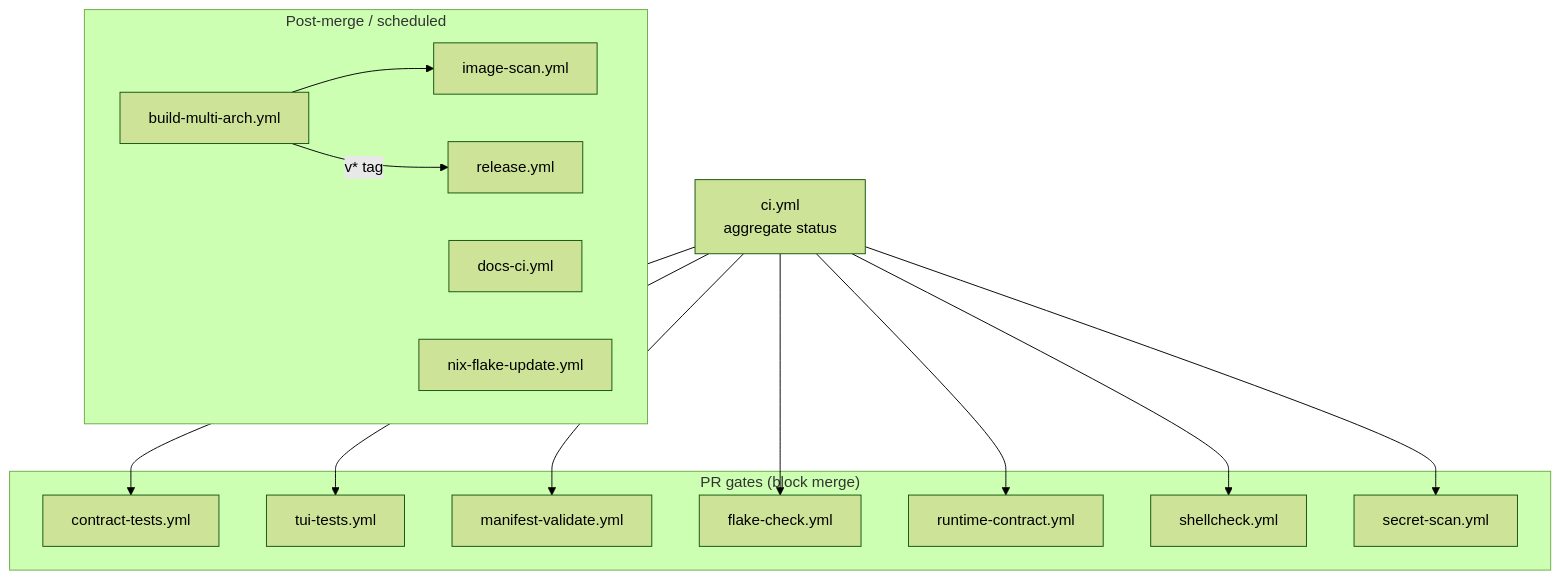
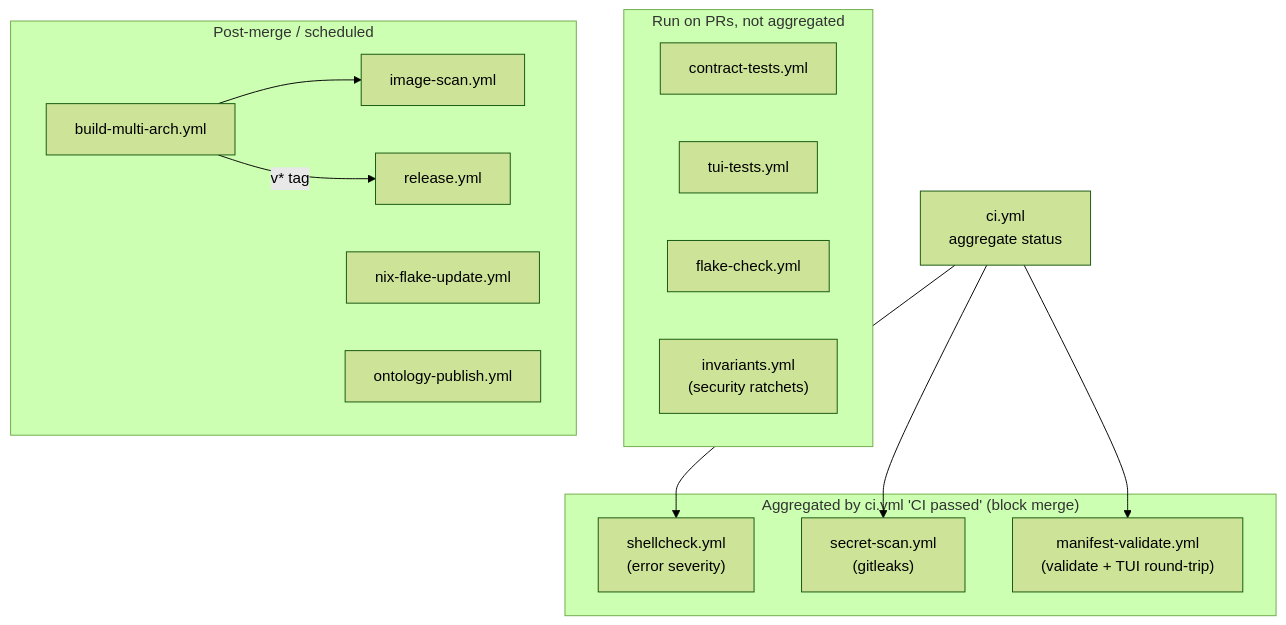
Before and after one commit to DreamLab-AI/agentbox: the third of 3 diagrams in docs/developer/testing.md, drawn with Mermaid (forest theme). The commit also changed other lines of this file and 11 other files, not shown here.

Commit message:
docs(diagrams): align mermaid diagrams to code ground truth; label aspirational flows and known gaps

````diff
--- a/docs/developer/testing.md
+++ b/docs/developer/testing.md
@@ -137,29 +137,28 @@
 ```mermaid
 flowchart TB
-    subgraph pr_gates["PR gates (block merge)"]
+    subgraph pr_gates["Aggregated by ci.yml 'CI passed' (block merge)"]
+        SC["shellcheck.yml<br/>(error severity)"]
+        SS["secret-scan.yml<br/>(gitleaks)"]
+        MV["manifest-validate.yml<br/>(validate + TUI round-trip)"]
+    end
+    CI["ci.yml<br/>aggregate status"] --> SC
+    CI --> SS
+    CI --> MV
+
+    subgraph independent["Run on PRs, not aggregated"]
         CT["contract-tests.yml"]
         TT["tui-tests.yml"]
-        MV["manifest-validate.yml"]
         FC["flake-check.yml"]
-        RCT["runtime-contract.yml"]
-        SC["shellcheck.yml"]
-        SS["secret-scan.yml"]
+        INV["invariants.yml<br/>(security ratchets)"]
     end
-    CI["ci.yml<br/>aggregate status"] --> CT
-    CI --> TT
-    CI --> MV
-    CI --> FC
-    CI --> RCT
-    CI --> SC
-    CI --> SS
 
     subgraph post_merge["Post-merge / scheduled"]
         BMA["build-multi-arch.yml"]
         IS["image-scan.yml"]
         REL["release.yml"]
-        DOC["docs-ci.yml"]
         NFU["nix-flake-update.yml"]
+        ONT["ontology-publish.yml"]
     end
     BMA --> IS
     BMA -->|"v* tag"| REL
 ```
````
